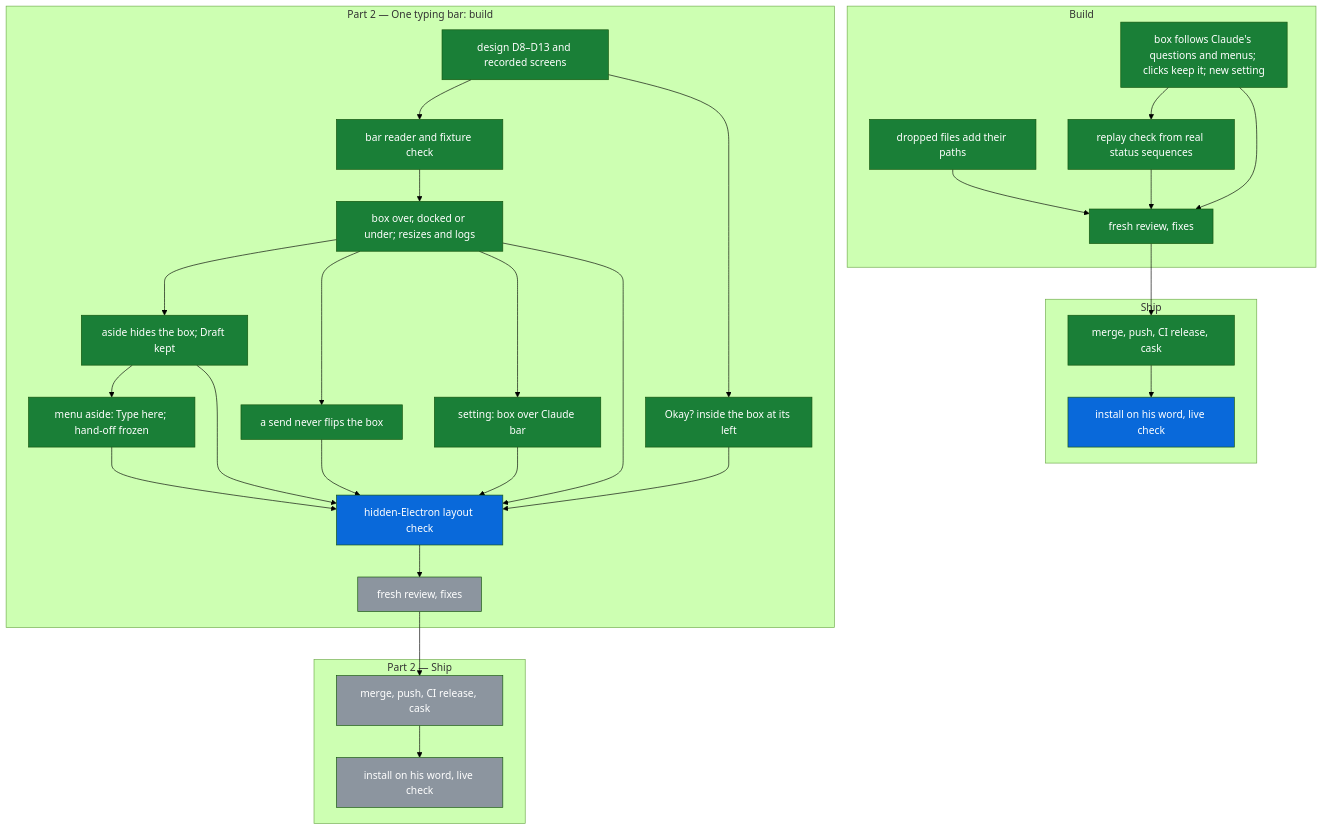
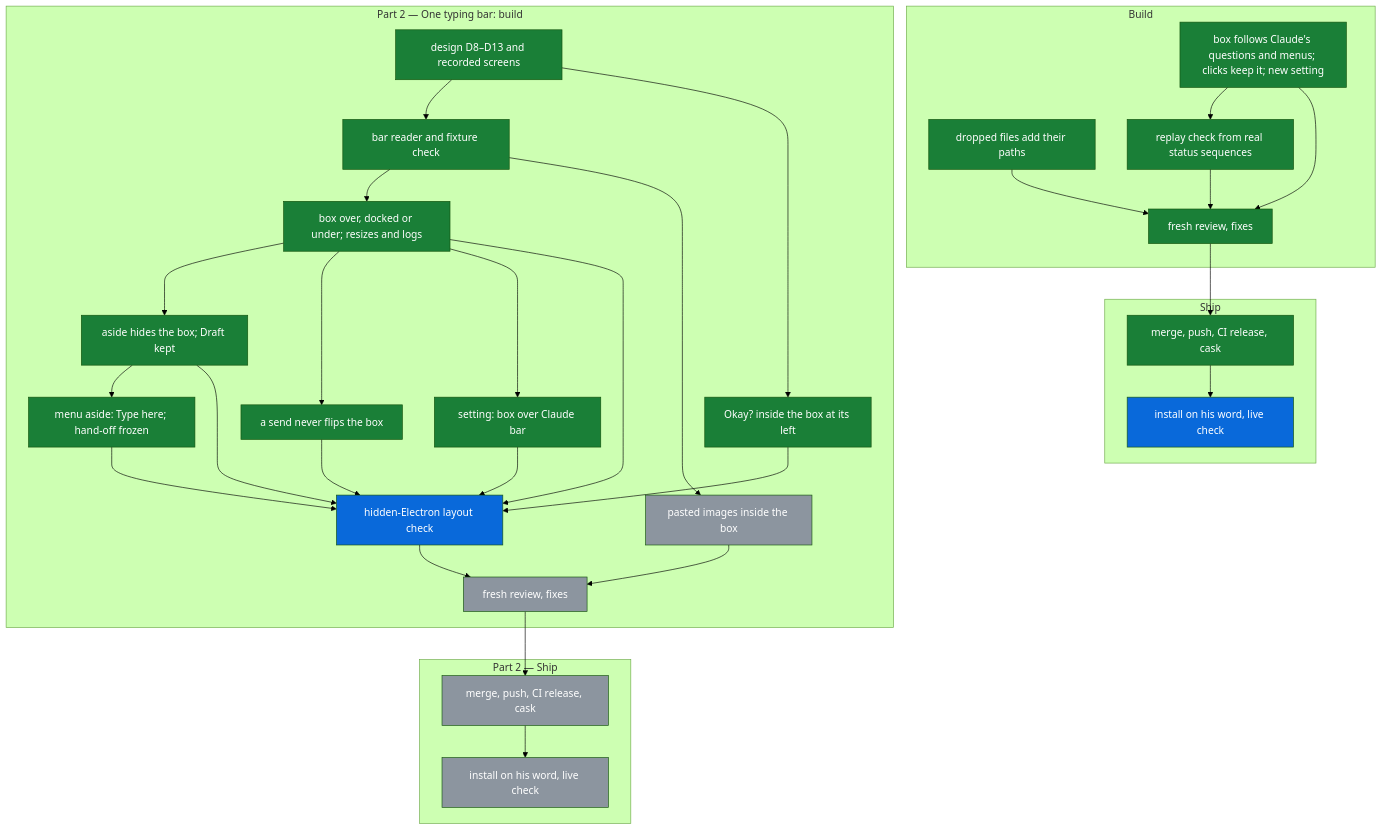
Before and after one commit to michaeljryoung/patton: the diagram in docs/compose-box.md, drawn with Mermaid (forest theme). The commit also changed other lines of this file, not shown here.

First line of the commit message:
Compose box D14: pasted images inside the box, left of the text; [Image #N] on Claude's bar counts as images (S58)

````diff
--- a/docs/compose-box.md
+++ b/docs/compose-box.md
@@ -11,57 +11,60 @@
 ```mermaid
 flowchart TD
   subgraph B["Build"]
     box_core[box follows Claude's questions and menus; clicks keep it; new setting]:::done
     box_drop[dropped files add their paths]:::done
     box_replay[replay check from real status sequences]:::done
     box_review[fresh review, fixes]:::done
   end
   subgraph S["Ship"]
     box_release[merge, push, CI release, cask]:::done
     box_ship[install on his word, live check]:::live
   end
   subgraph O["Part 2 — One typing bar: build"]
     bar_design[design D8–D13 and recorded screens]:::done
     bar_reader[bar reader and fixture check]:::done
     bar_placement[box over, docked or under; resizes and logs]:::done
     send_no_flip[a send never flips the box]:::done
     bar_aside[aside hides the box; Draft kept]:::done
     aside_fixes[menu aside: Type here; hand-off frozen]:::done
     okay_in_box[Okay? inside the box at its left]:::done
     over_setting[setting: box over Claude bar]:::done
     bar_layout_check[hidden-Electron layout check]:::live
+    images_in_box[pasted images inside the box]:::todo
     bar_review[fresh review, fixes]:::todo
   end
   subgraph OS["Part 2 — Ship"]
     bar_release[merge, push, CI release, cask]:::todo
     bar_ship[install on his word, live check]:::todo
   end
   box_core --> box_replay
   box_core --> box_review
   box_drop --> box_review
   box_replay --> box_review
   box_review --> box_release
   box_release --> box_ship
   bar_design --> bar_reader
   bar_reader --> bar_placement
   bar_placement --> bar_aside
   bar_aside --> aside_fixes
   aside_fixes --> bar_layout_check
   bar_placement --> send_no_flip
   send_no_flip --> bar_layout_check
   bar_design --> okay_in_box
   bar_placement --> over_setting
   bar_placement --> bar_layout_check
   bar_aside --> bar_layout_check
   okay_in_box --> bar_layout_check
   over_setting --> bar_layout_check
   bar_layout_check --> bar_review
+  bar_reader --> images_in_box
+  images_in_box --> bar_review
   bar_review --> bar_release
   bar_release --> bar_ship
   classDef done fill:#1a7f37,color:#fff
   classDef live fill:#0969da,color:#fff
   classDef todo fill:#8c959f,color:#fff
   classDef blocked fill:#cf222e,color:#fff
   classDef dropped fill:#eaeef2,color:#57606a
   classDef superseded fill:#eaeef2,color:#57606a
 ```
````
